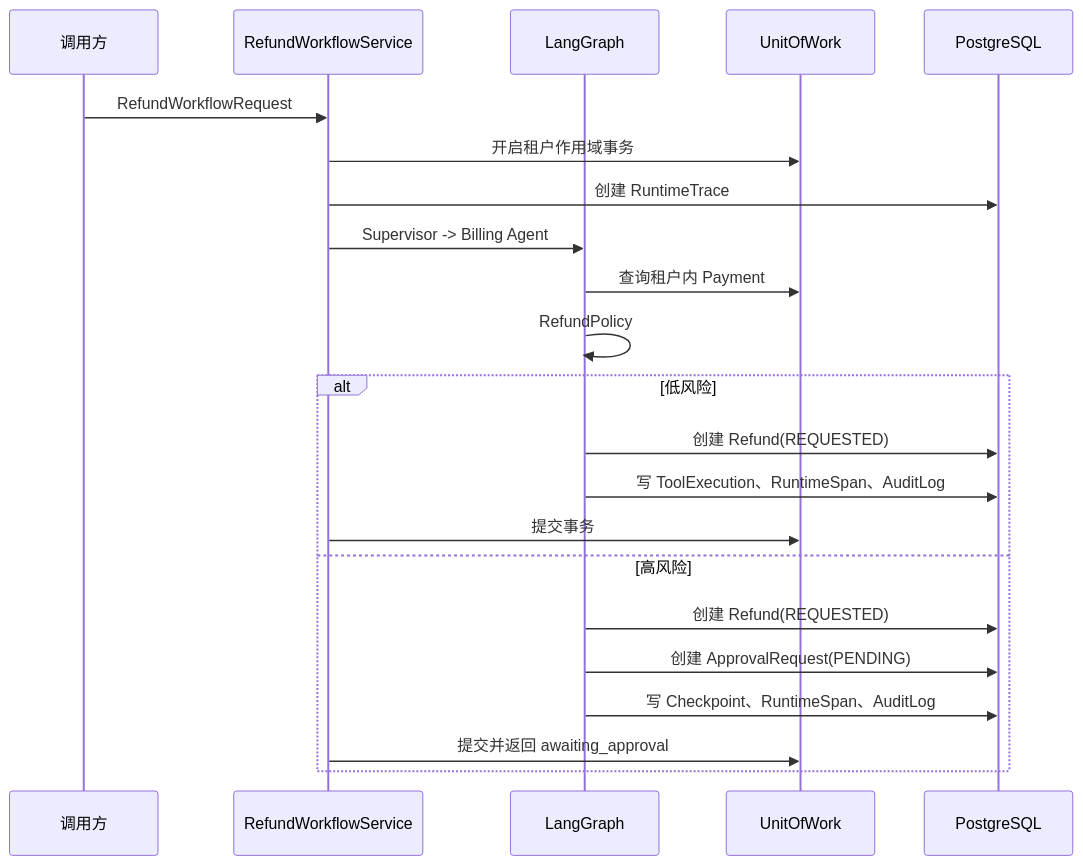
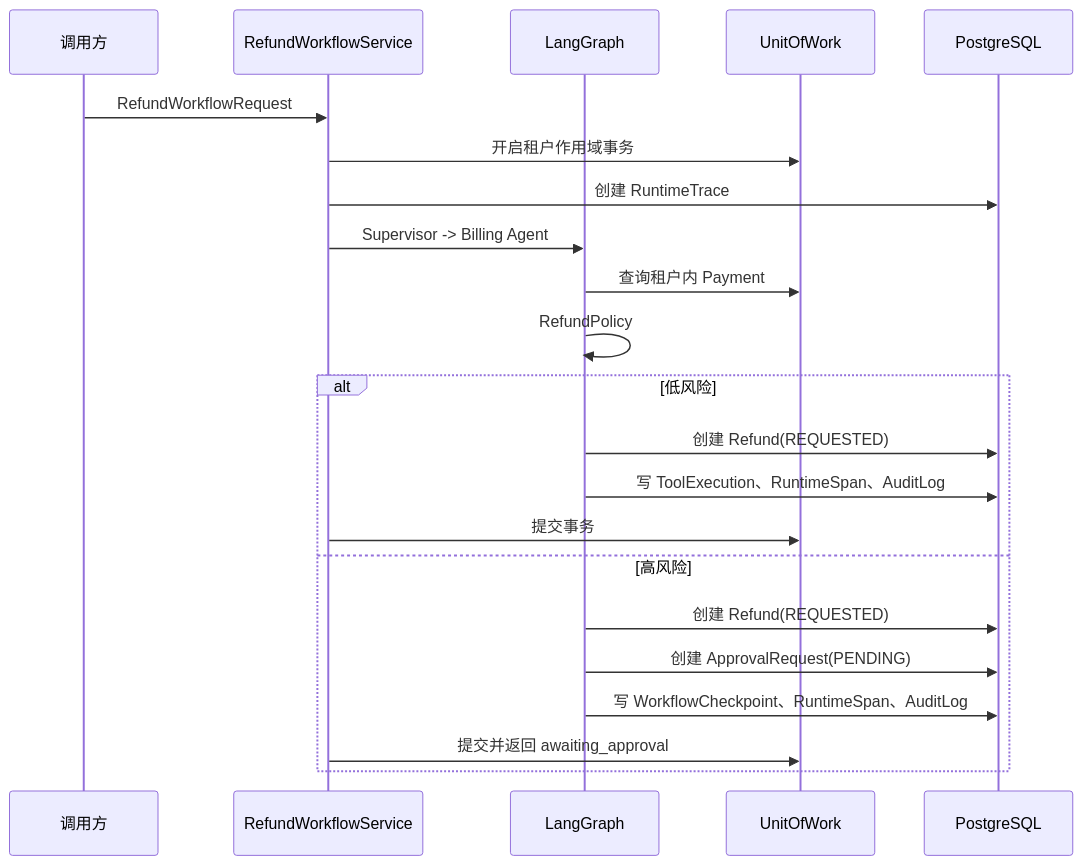
Before and after one commit to duchangyi666/ecop-agent-platform: the diagram in docs/superpowers/specs/2026-08-02-数据库驱动退款审批闭环设计.md, drawn with Mermaid. The commit also changed other lines of this file, not shown here.

Commit message:
docs: clarify durable workflow checkpoint design

````diff
--- a/docs/superpowers/specs/2026-08-02-数据库驱动退款审批闭环设计.md
+++ b/docs/superpowers/specs/2026-08-02-数据库驱动退款审批闭环设计.md
@@ -27,25 +27,25 @@
 ```mermaid
 sequenceDiagram
     participant C as 调用方
     participant W as RefundWorkflowService
     participant G as LangGraph
     participant U as UnitOfWork
     participant DB as PostgreSQL
 
     C->>W: RefundWorkflowRequest
     W->>U: 开启租户作用域事务
     W->>DB: 创建 RuntimeTrace
     W->>G: Supervisor -> Billing Agent
     G->>U: 查询租户内 Payment
     G->>G: RefundPolicy
     alt 低风险
         G->>DB: 创建 Refund(REQUESTED)
         G->>DB: 写 ToolExecution、RuntimeSpan、AuditLog
         W->>U: 提交事务
     else 高风险
         G->>DB: 创建 Refund(REQUESTED)
         G->>DB: 创建 ApprovalRequest(PENDING)
-        G->>DB: 写 Checkpoint、RuntimeSpan、AuditLog
+        G->>DB: 写 WorkflowCheckpoint、RuntimeSpan、AuditLog
         W->>U: 提交并返回 awaiting_approval
     end
 ```
````
